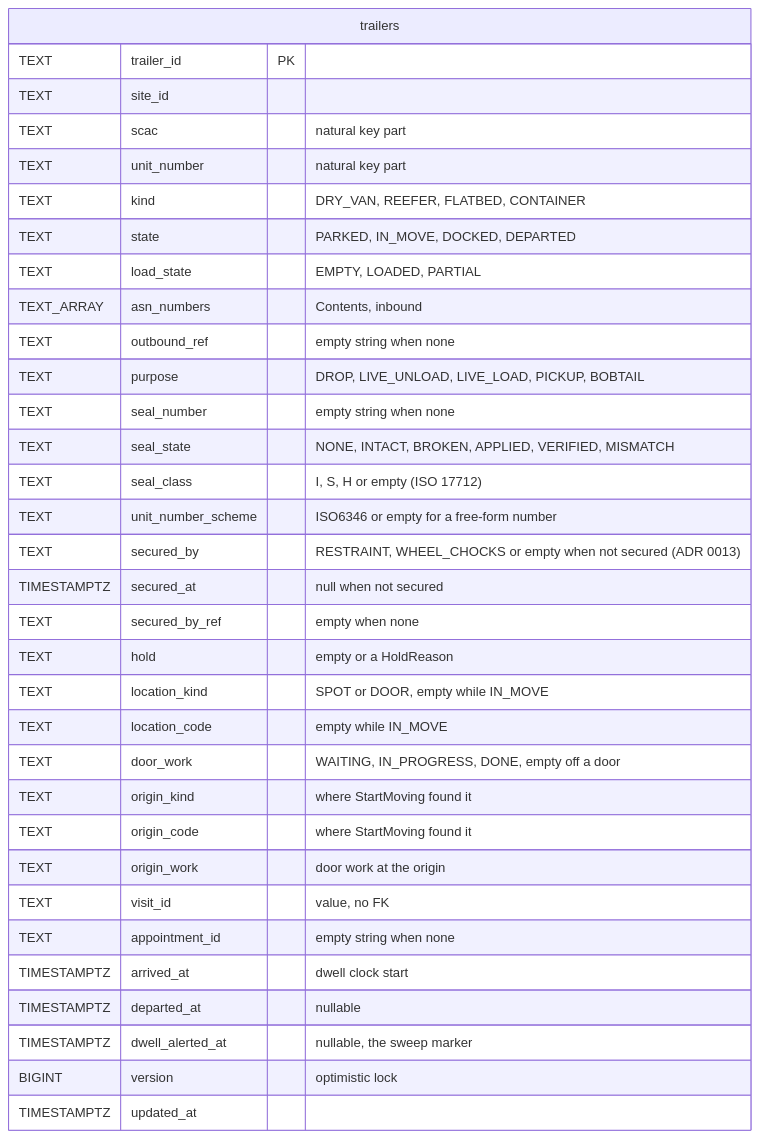
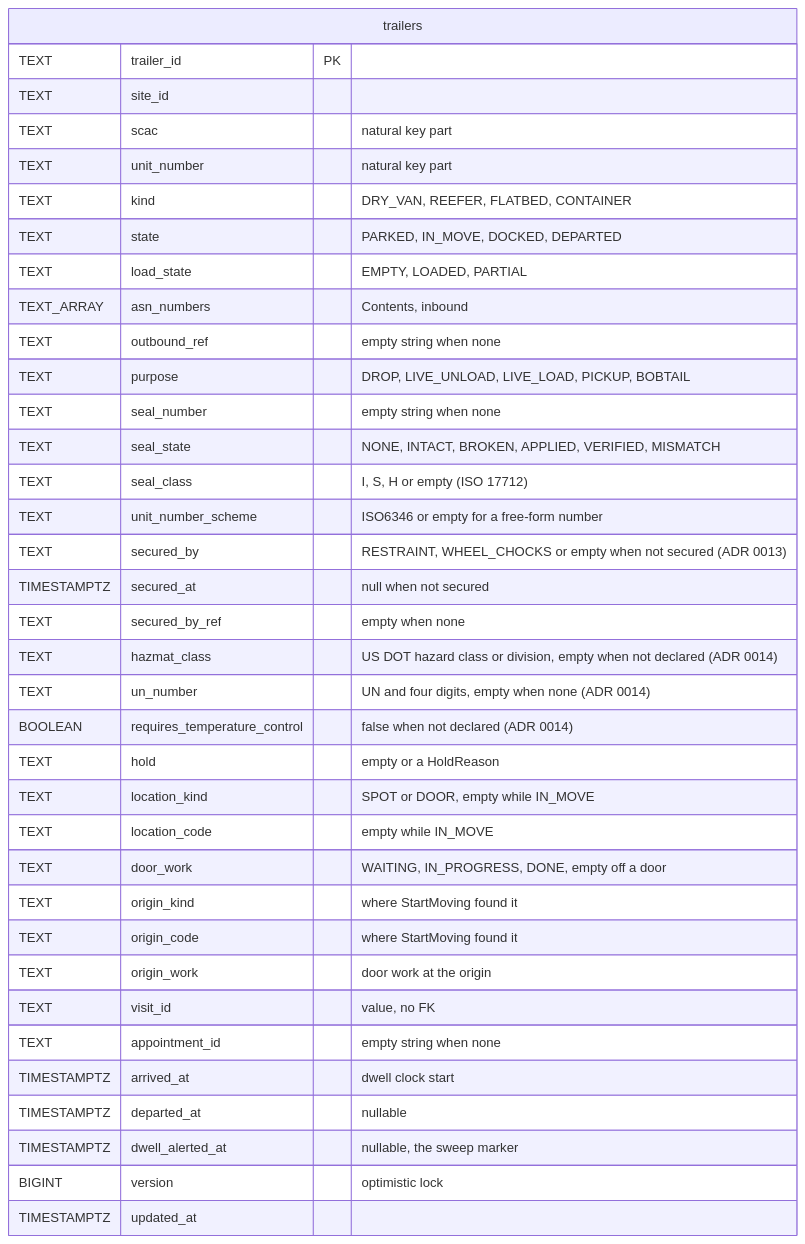
Before and after one commit to IQVO/yard-management: the second of 8 diagrams in docs/docs/ddd/entity-relationship.md, drawn with Mermaid. The commit also changed other lines of this file and 126 other files, not shown here.

````diff
--- a/docs/docs/ddd/entity-relationship.md
+++ b/docs/docs/ddd/entity-relationship.md
@@ -51,37 +51,40 @@
 ```mermaid
 erDiagram
     direction LR
     trailers {
         TEXT trailer_id PK
         TEXT site_id
         TEXT scac "natural key part"
         TEXT unit_number "natural key part"
         TEXT kind "DRY_VAN, REEFER, FLATBED, CONTAINER"
         TEXT state "PARKED, IN_MOVE, DOCKED, DEPARTED"
         TEXT load_state "EMPTY, LOADED, PARTIAL"
         TEXT_ARRAY asn_numbers "Contents, inbound"
         TEXT outbound_ref "empty string when none"
         TEXT purpose "DROP, LIVE_UNLOAD, LIVE_LOAD, PICKUP, BOBTAIL"
         TEXT seal_number "empty string when none"
         TEXT seal_state "NONE, INTACT, BROKEN, APPLIED, VERIFIED, MISMATCH"
         TEXT seal_class "I, S, H or empty (ISO 17712)"
         TEXT unit_number_scheme "ISO6346 or empty for a free-form number"
         TEXT secured_by "RESTRAINT, WHEEL_CHOCKS or empty when not secured (ADR 0013)"
         TIMESTAMPTZ secured_at "null when not secured"
         TEXT secured_by_ref "empty when none"
+        TEXT hazmat_class "US DOT hazard class or division, empty when not declared (ADR 0014)"
+        TEXT un_number "UN and four digits, empty when none (ADR 0014)"
+        BOOLEAN requires_temperature_control "false when not declared (ADR 0014)"
         TEXT hold "empty or a HoldReason"
         TEXT location_kind "SPOT or DOOR, empty while IN_MOVE"
         TEXT location_code "empty while IN_MOVE"
         TEXT door_work "WAITING, IN_PROGRESS, DONE, empty off a door"
         TEXT origin_kind "where StartMoving found it"
         TEXT origin_code "where StartMoving found it"
         TEXT origin_work "door work at the origin"
         TEXT visit_id "value, no FK"
         TEXT appointment_id "empty string when none"
         TIMESTAMPTZ arrived_at "dwell clock start"
         TIMESTAMPTZ departed_at "nullable"
         TIMESTAMPTZ dwell_alerted_at "nullable, the sweep marker"
         BIGINT version "optimistic lock"
         TIMESTAMPTZ updated_at
     }
 ```
````
